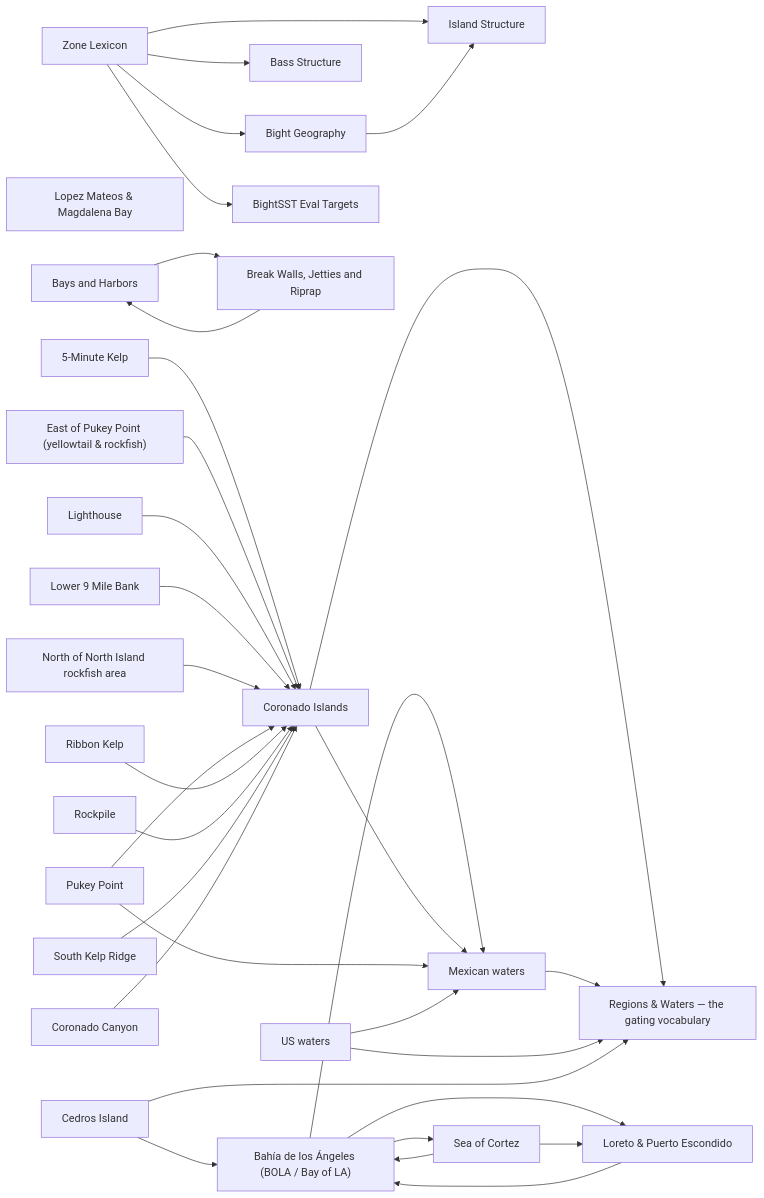
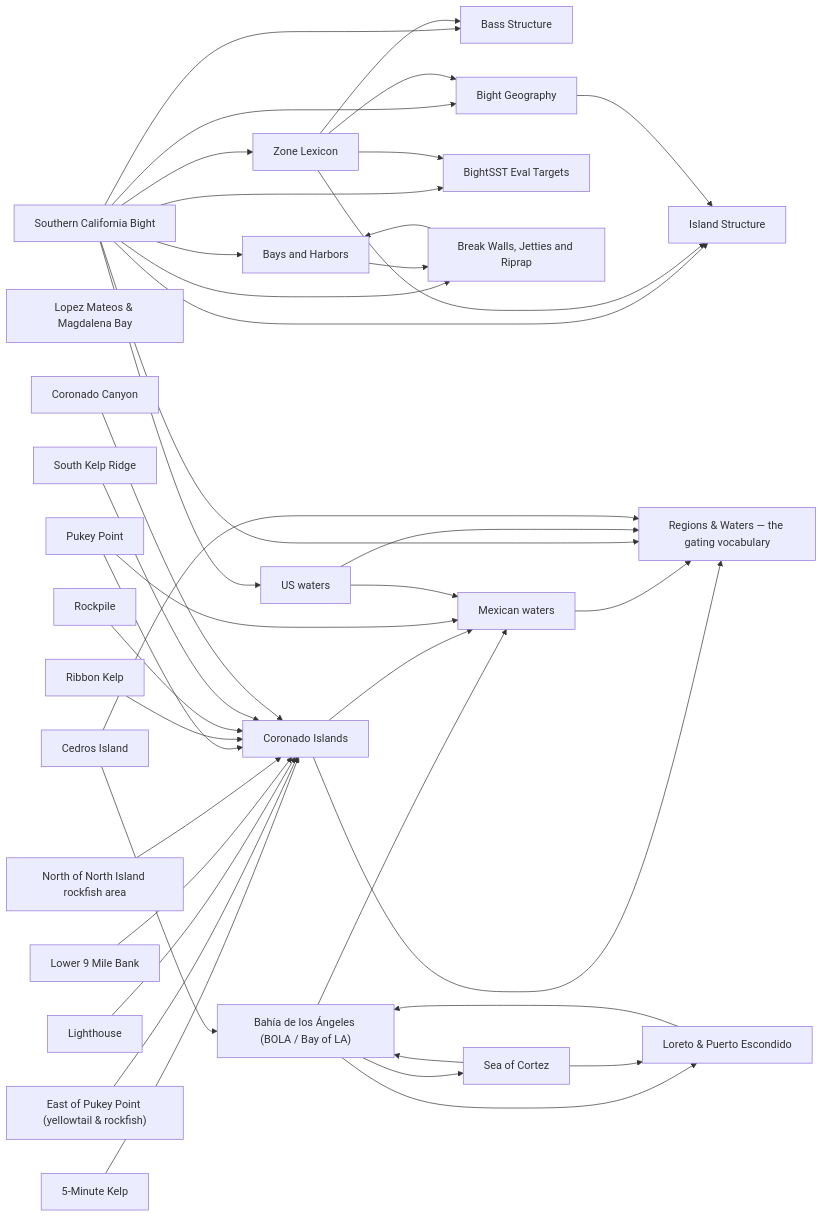
Before and after one commit to camchuckpete-max/Socal-Fishing-Knowledge: the diagram in locations/README.md, drawn with Mermaid. The commit also changed other lines of this file and 51 other files, not shown here.

````diff
--- a/locations/README.md
+++ b/locations/README.md
@@ -42,60 +43,70 @@
 ```mermaid
 graph LR
   n0["5-Minute Kelp"]
   n1["Bahía de los Ángeles (BOLA / Bay of LA)"]
   n2["Lopez Mateos & Magdalena Bay"]
   n3["Bass Structure"]
   n4["Bays and Harbors"]
   n5["Bight Geography"]
   n6["BightSST Eval Targets"]
   n7["Break Walls, Jetties and Riprap"]
   n8["Cedros Island"]
   n9["Coronado Canyon"]
   n10["Coronado Islands"]
   n11["East of Pukey Point (yellowtail & rockfish)"]
   n12["Island Structure"]
   n13["Lighthouse"]
   n14["Loreto & Puerto Escondido"]
   n15["Lower 9 Mile Bank"]
   n16["Mexican waters"]
   n17["North of North Island rockfish area"]
   n18["Pukey Point"]
   n19["Regions & Waters — the gating vocabulary"]
   n20["Ribbon Kelp"]
   n21["Rockpile"]
   n22["Sea of Cortez"]
-  n23["South Kelp Ridge"]
-  n24["US waters"]
-  n25["Zone Lexicon"]
+  n23["Southern California Bight"]
+  n24["South Kelp Ridge"]
+  n25["US waters"]
+  n26["Zone Lexicon"]
   n0 --> n10
   n1 --> n14
   n1 --> n16
   n1 --> n22
   n10 --> n16
   n10 --> n19
   n11 --> n10
   n13 --> n10
   n14 --> n1
   n15 --> n10
   n16 --> n19
   n17 --> n10
   n18 --> n10
   n18 --> n16
   n20 --> n10
   n21 --> n10
   n22 --> n1
   n22 --> n14
-  n23 --> n10
-  n24 --> n16
-  n24 --> n19
-  n25 --> n12
-  n25 --> n3
-  n25 --> n5
-  n25 --> n6
+  n23 --> n12
+  n23 --> n19
+  n23 --> n25
+  n23 --> n26
+  n23 --> n3
+  n23 --> n4
+  n23 --> n5
+  n23 --> n6
+  n23 --> n7
+  n24 --> n10
+  n25 --> n16
+  n25 --> n19
+  n26 --> n12
+  n26 --> n3
+  n26 --> n5
+  n26 --> n6
   n4 --> n7
   n5 --> n12
   n7 --> n4
   n8 --> n1
   n8 --> n19
   n9 --> n10
 ```
````
